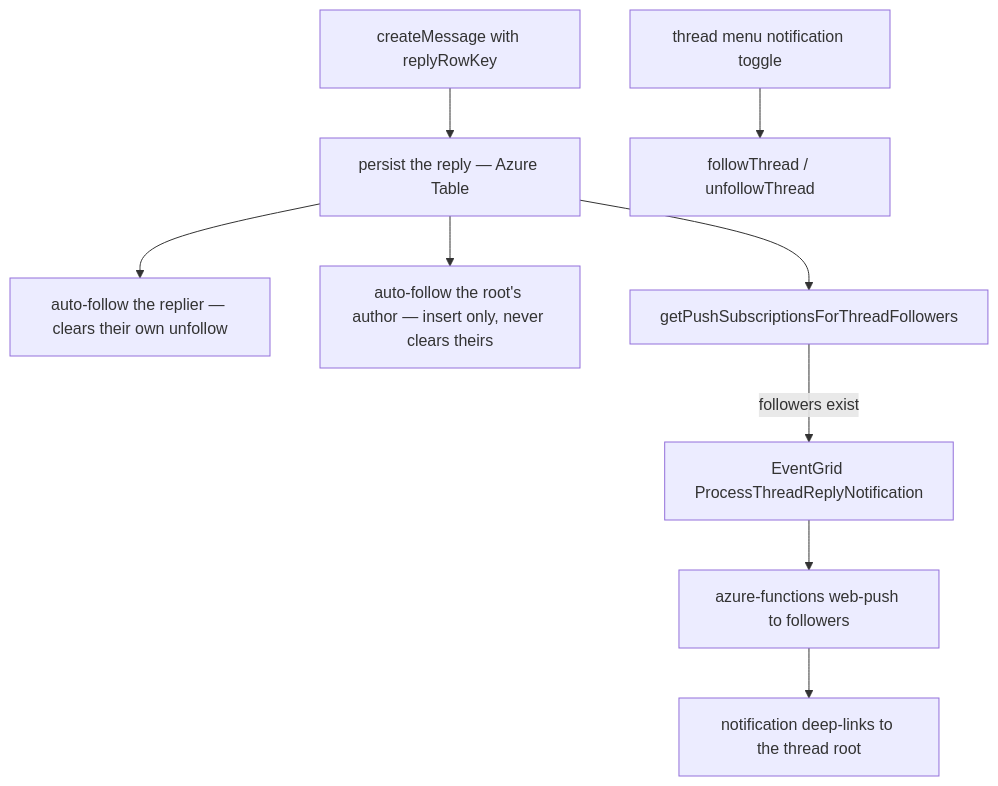
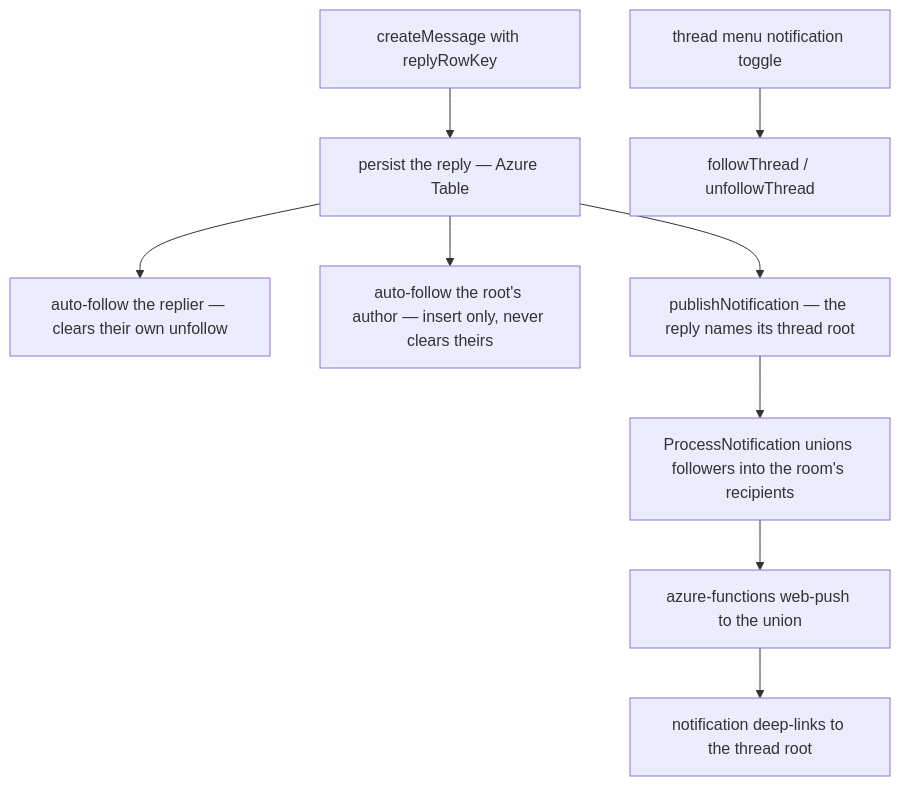
One commit to Esposter/Esposter changed the diagram in packages/app/content/docs/esbabbler/thread-follows.md. Above: the diagram before and after it, drawn with Mermaid. The commit also changed other lines of this file and 16 other files, not shown here.

````diff
--- a/packages/app/content/docs/esbabbler/thread-follows.md
+++ b/packages/app/content/docs/esbabbler/thread-follows.md
@@ -14,11 +14,11 @@
 ```mermaid
 flowchart TD
   R["createMessage with replyRowKey"] --> P["persist the reply — Azure Table"]
   P --> AF["auto-follow the replier — clears their own unfollow"]
   P --> AR["auto-follow the root's author — insert only, never clears theirs"]
-  P --> Q["getPushSubscriptionsForThreadFollowers"]
-  Q -->|followers exist| E["EventGrid ProcessThreadReplyNotification"]
-  E --> F["azure-functions web-push to followers"]
+  P --> Q["publishNotification — the reply names its thread root"]
+  Q --> E["ProcessNotification unions followers into the room's recipients"]
+  E --> F["azure-functions web-push to the union"]
   F --> D["notification deep-links to the thread root"]
   B["thread menu notification toggle"] --> FT["followThread / unfollowThread"]
 ```
````
